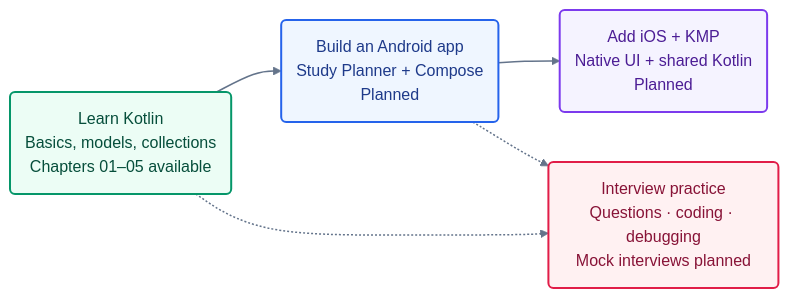
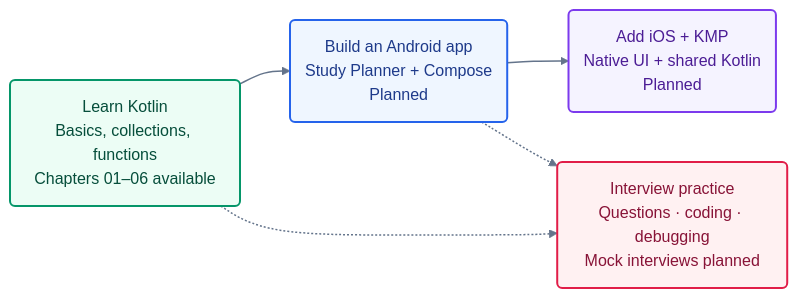
The diagram in README.md (roshanevala/Kotlin-101-The-Mobile-Workshop), drawn with Mermaid before and after one commit. The commit also changed other lines of this file and 18 other files, not shown here.

````diff
--- a/README.md
+++ b/README.md
@@ -11,20 +11,20 @@
 ```mermaid
 flowchart LR
     accTitle: From Kotlin basics to a mobile app and interview practice
     accDescr: Start with the available Kotlin lessons. Build an Android app, then add iOS and shared Kotlin logic in planned stages. Practise lesson questions and debugging along the way; dedicated coding challenges and mock interviews are planned.
 
-    K("Learn Kotlin<br/>Basics, models, collections<br/>Chapters 01–05 available"):::basics
+    K("Learn Kotlin<br/>Basics, collections, functions<br/>Chapters 01–06 available"):::basics
     A("Build an Android app<br/>Study Planner + Compose<br/>Planned"):::android
     M("Add iOS + KMP<br/>Native UI + shared Kotlin<br/>Planned"):::multiplatform
     I("Interview practice<br/>Questions · coding · debugging<br/>Mock interviews planned"):::interview
 
     K --> A --> M
     K -.-> I
     A -.-> I
 
     classDef basics fill:#ecfdf5,stroke:#059669,color:#064e3b,stroke-width:2px
     classDef android fill:#eff6ff,stroke:#2563eb,color:#1e3a8a,stroke-width:2px
     classDef multiplatform fill:#f5f3ff,stroke:#7c3aed,color:#4c1d95,stroke-width:2px
     classDef interview fill:#fff1f2,stroke:#e11d48,color:#881337,stroke-width:2px
     linkStyle default stroke:#64748b,stroke-width:1.5px
 ```
````
